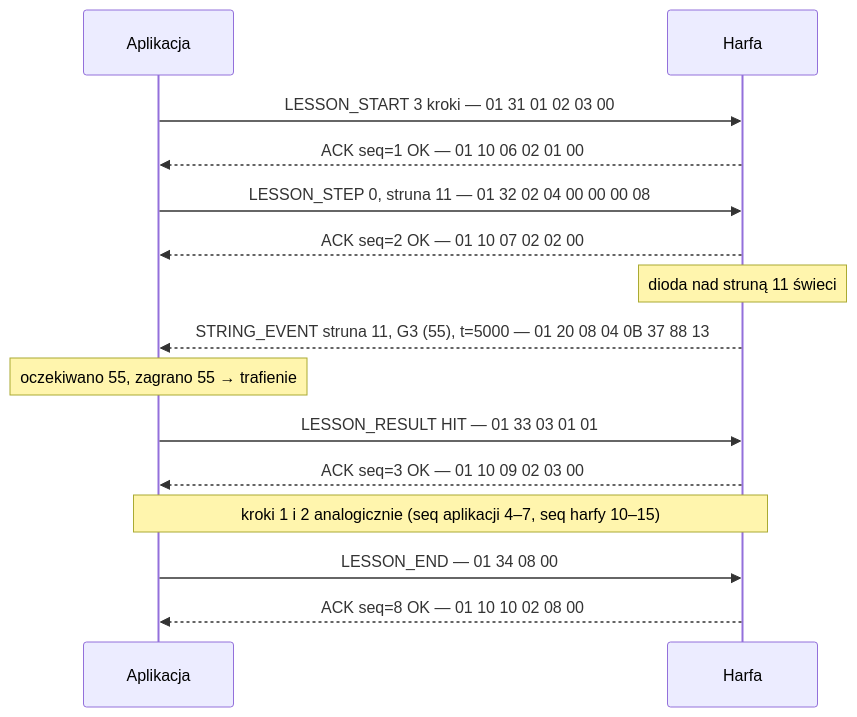
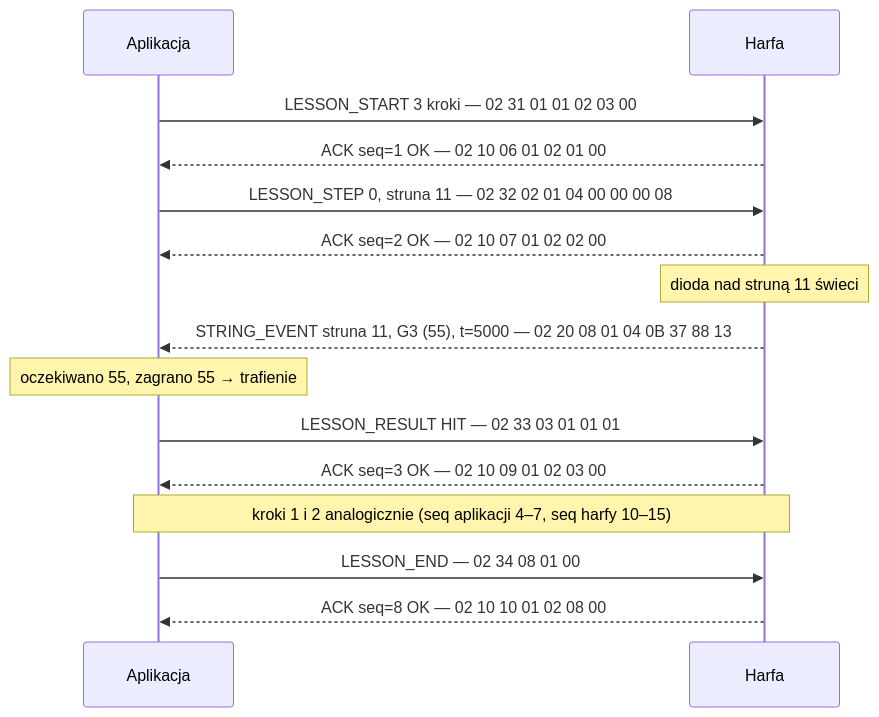
Before and after one commit to emnealyn/HARFA: the fourth of 9 diagrams in docs/protocol/ble-protocol.md, drawn with Mermaid. The commit also changed other lines of this file and 3 other files, not shown here.

````diff
--- a/docs/protocol/ble-protocol.md
+++ b/docs/protocol/ble-protocol.md
@@ -433,17 +473,17 @@
 ```mermaid
 sequenceDiagram
     participant A as Aplikacja
     participant H as Harfa
-    A->>H: LESSON_START 3 kroki — 01 31 01 02 03 00
-    H-->>A: ACK seq=1 OK — 01 10 06 02 01 00
-    A->>H: LESSON_STEP 0, struna 11 — 01 32 02 04 00 00 00 08
-    H-->>A: ACK seq=2 OK — 01 10 07 02 02 00
+    A->>H: LESSON_START 3 kroki — 02 31 01 01 02 03 00
+    H-->>A: ACK seq=1 OK — 02 10 06 01 02 01 00
+    A->>H: LESSON_STEP 0, struna 11 — 02 32 02 01 04 00 00 00 08
+    H-->>A: ACK seq=2 OK — 02 10 07 01 02 02 00
     Note over H: dioda nad struną 11 świeci
-    H-->>A: STRING_EVENT struna 11, G3 (55), t=5000 — 01 20 08 04 0B 37 88 13
+    H-->>A: STRING_EVENT struna 11, G3 (55), t=5000 — 02 20 08 01 04 0B 37 88 13
     Note over A: oczekiwano 55, zagrano 55 → trafienie
-    A->>H: LESSON_RESULT HIT — 01 33 03 01 01
-    H-->>A: ACK seq=3 OK — 01 10 09 02 03 00
+    A->>H: LESSON_RESULT HIT — 02 33 03 01 01 01
+    H-->>A: ACK seq=3 OK — 02 10 09 01 02 03 00
     Note over A,H: kroki 1 i 2 analogicznie (seq aplikacji 4–7, seq harfy 10–15)
-    A->>H: LESSON_END — 01 34 08 00
-    H-->>A: ACK seq=8 OK — 01 10 10 02 08 00
+    A->>H: LESSON_END — 02 34 08 01 00
+    H-->>A: ACK seq=8 OK — 02 10 10 01 02 08 00
 ```
````
